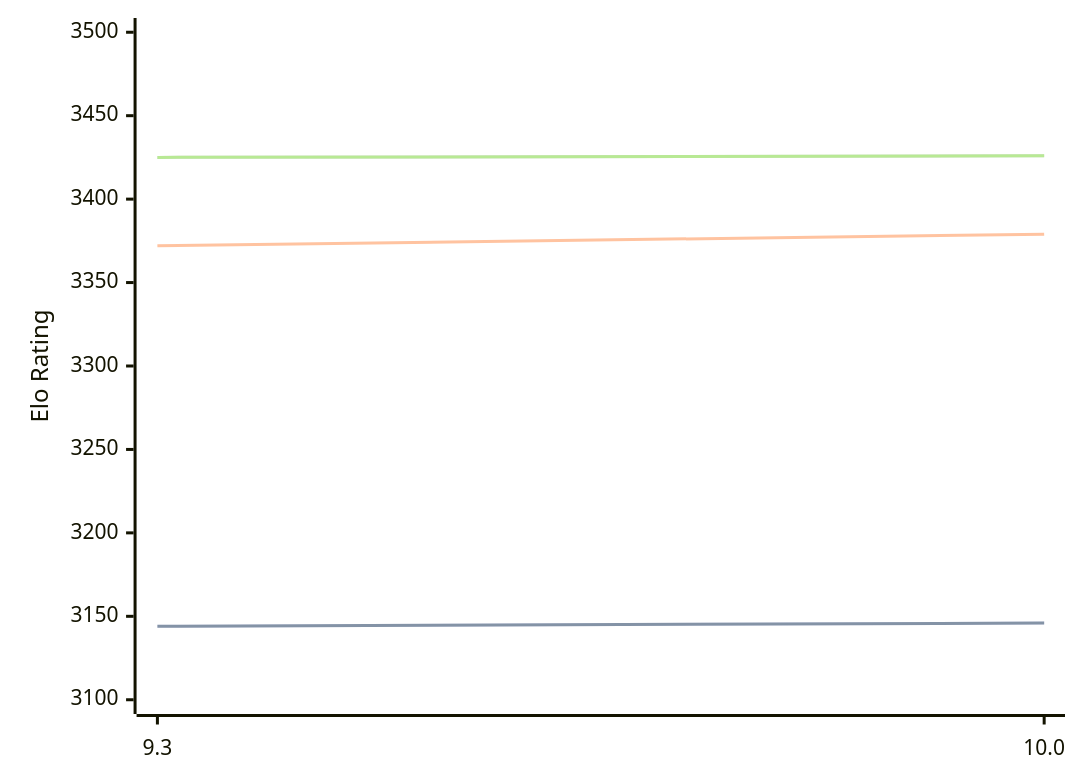
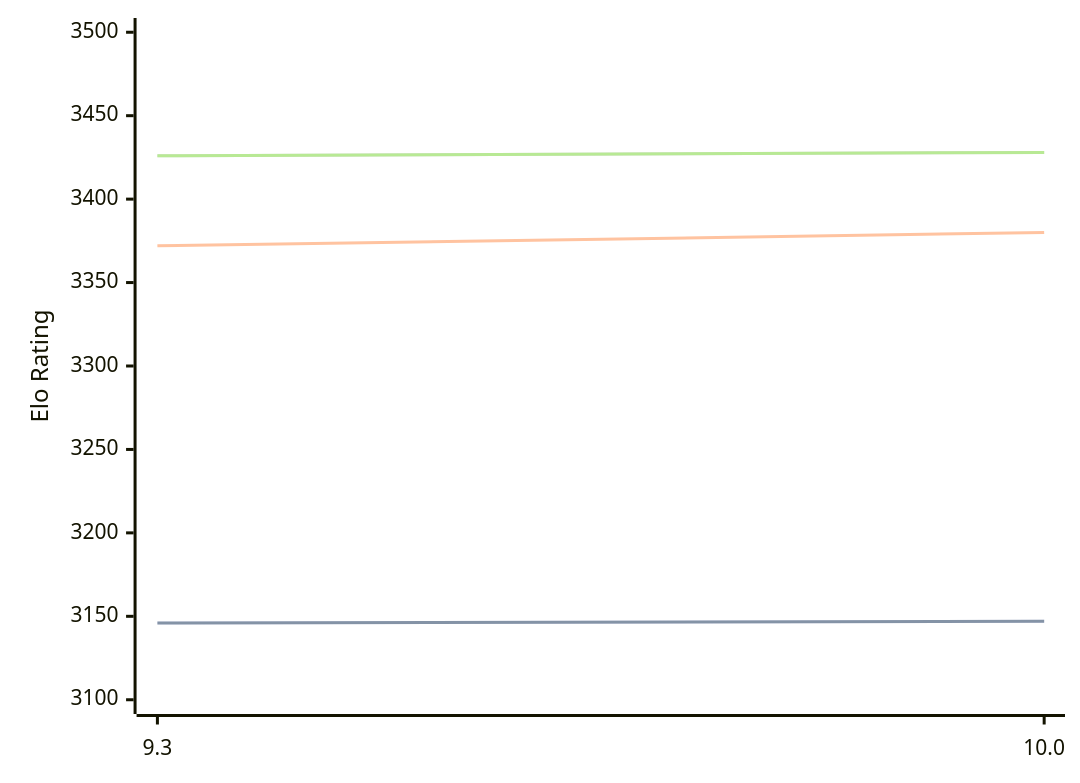
One commit to computer-chess-index/cci changed the diagram in engines/Fire.md. Above: the diagram before and after it, drawn with Mermaid. The commit also changed other lines of this file, not shown here.

Commit message:
Update CCI Ratings (ELO VLTC) - 2026-08-26

````diff
--- a/engines/Fire.md
+++ b/engines/Fire.md
@@ -32,11 +32,11 @@
 ```mermaid
 %%{init: {"theme":"base","themeVariables":{"seriesColors:['#a3a3a3','#222221','#faa371']}}}%%
 xychart-beta
   x-axis ["9.3", "10.0"]
   y-axis "Elo Rating" 3100 --> 3500
-  line "STC (8.0+0.08s)" [3144, 3146]
-  line "STC (8.0+0.08s)" [3144, 3146]
-  line "LTC (60.0+0.60s)" [3372, 3379]
-  line "VLTC (2m24s+1.12s)" [3425, 3426]
-  line "VLTC (2m24s+1.12s)" [3425, 3426]
+  line "STC (8.0+0.08s)" [3146, 3147]
+  line "STC (8.0+0.08s)" [3146, 3147]
+  line "LTC (60.0+0.60s)" [3372, 3380]
+  line "VLTC (2m24s+1.12s)" [3426, 3428]
+  line "VLTC (2m24s+1.12s)" [3426, 3428]
 ```
````
